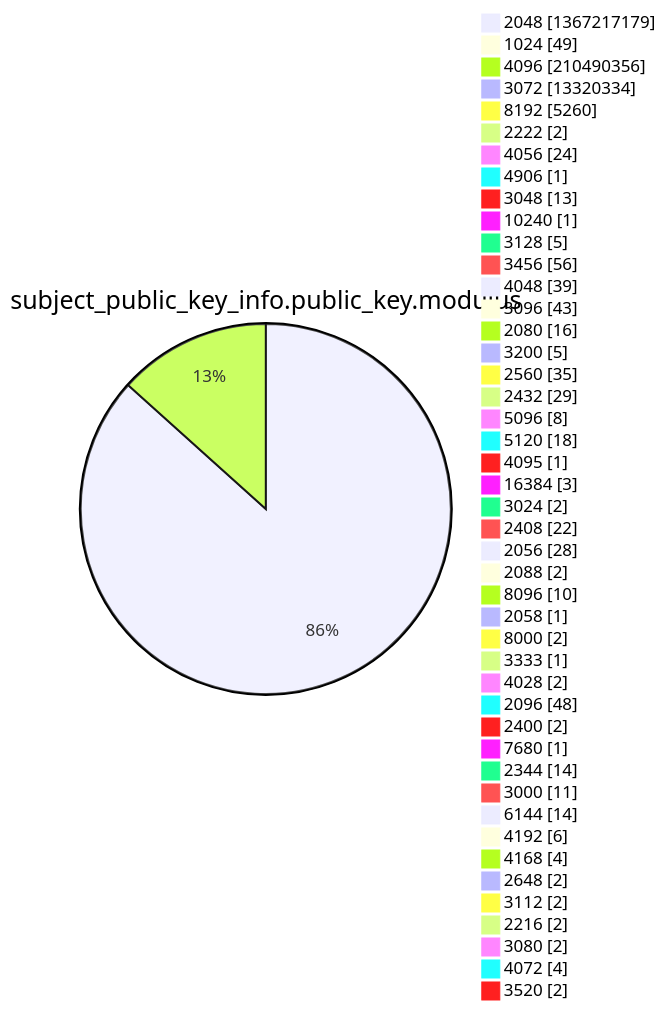
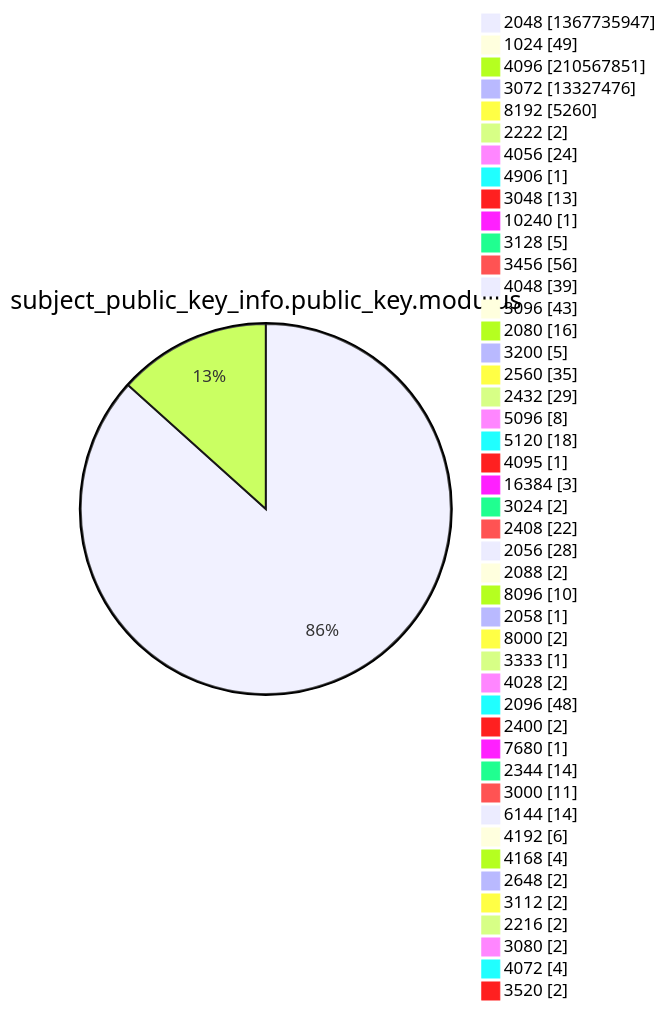
Diagram 13 of 15 in xenon2022/README.md (christiankrug/ctmonitor_visualization), drawn with Mermaid before and after one commit. The commit also changed other lines of this file, not shown here.

````diff
--- a/xenon2022/README.md
+++ b/xenon2022/README.md
@@ -3927,49 +3927,49 @@
 ```mermaid
 pie showData
 title subject_public_key_info.public_key.modulus
-"2048" :1367217179
+"2048" :1367735947
 "1024" :49
-"4096" :210490356
-"3072" :13320334
+"4096" :210567851
+"3072" :13327476
 "8192" :5260
 "2222" :2
 "4056" :24
 "4906" :1
 "3048" :13
 "10240" :1
 "3128" :5
 "3456" :56
 "4048" :39
 "3096" :43
 "2080" :16
 "3200" :5
 "2560" :35
 "2432" :29
 "5096" :8
 "5120" :18
 "4095" :1
 "16384" :3
 "3024" :2
 "2408" :22
 "2056" :28
 "2088" :2
 "8096" :10
 "2058" :1
 "8000" :2
 "3333" :1
 "4028" :2
 "2096" :48
 "2400" :2
 "7680" :1
 "2344" :14
 "3000" :11
 "6144" :14
 "4192" :6
 "4168" :4
 "2648" :2
 "3112" :2
 "2216" :2
 "3080" :2
 "4072" :4
 "3520" :2
 ```
````
